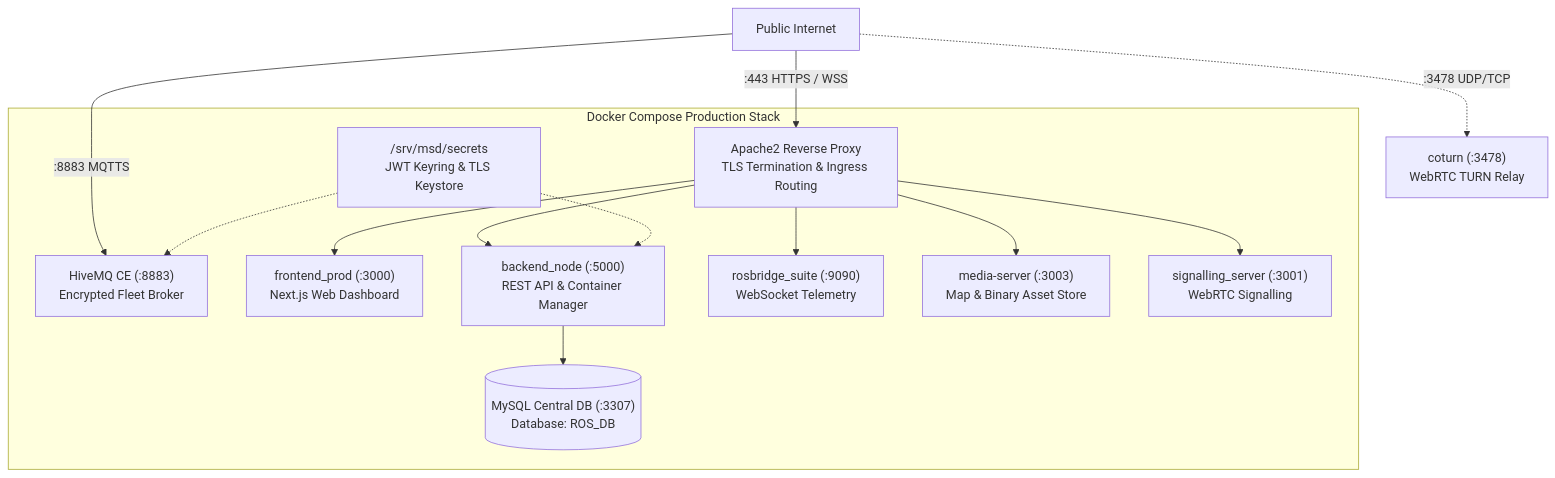
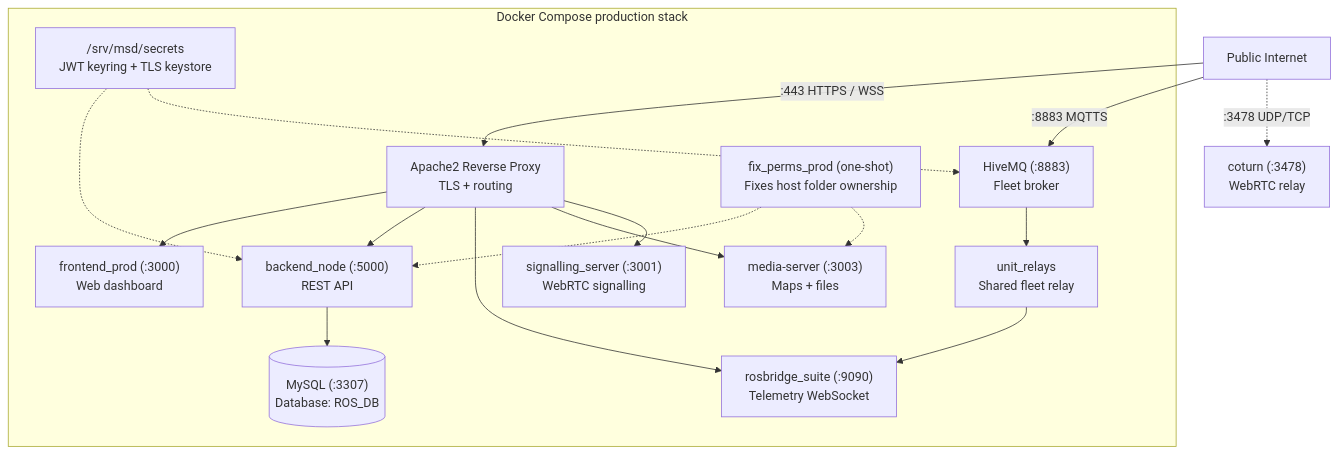
Before and after one commit to itbdelaboprogramming/msd700_documentation: the first of 2 diagrams in docs/setup/server-setup.md, drawn with Mermaid. The commit also changed other lines of this file and 110 other files, not shown here.

````diff
--- a/docs/setup/server-setup.md
+++ b/docs/setup/server-setup.md
@@ -19,18 +19,23 @@
 ```mermaid
 flowchart TB
-  NET["Public Internet"] -->|":443 HTTPS / WSS"| AP["Apache2 Reverse Proxy<br/>TLS Termination & Ingress Routing"]
-  NET -->|":8883 MQTTS"| MQ["HiveMQ CE (:8883)<br/>Encrypted Fleet Broker"]
-  NET -.->|":3478 UDP/TCP"| TURN["coturn (:3478)<br/>WebRTC TURN Relay"]
+  NET["Public Internet"] -->|":443 HTTPS / WSS"| AP["Apache2 Reverse Proxy<br/>TLS + routing"]
+  NET -->|":8883 MQTTS"| MQ["HiveMQ (:8883)<br/>Fleet broker"]
+  NET -.->|":3478 UDP/TCP"| TURN["coturn (:3478)<br/>WebRTC relay"]
 
-  subgraph DockerServices["Docker Compose Production Stack"]
-    AP --> FE["frontend_prod (:3000)<br/>Next.js Web Dashboard"]
-    AP --> BE["backend_node (:5000)<br/>REST API & Container Manager"]
-    AP --> RB["rosbridge_suite (:9090)<br/>WebSocket Telemetry"]
-    AP --> MED["media-server (:3003)<br/>Map & Binary Asset Store"]
-    AP --> SIG["signalling_server (:3001)<br/>WebRTC Signalling"]
-    BE --> DB[("MySQL Central DB (:3307)<br/>Database: ROS_DB")]
-    SEC["/srv/msd/secrets<br/>JWT Keyring & TLS Keystore"]
+  subgraph DockerServices["Docker Compose production stack"]
+    AP --> FE["frontend_prod (:3000)<br/>Web dashboard"]
+    AP --> BE["backend_node (:5000)<br/>REST API"]
+    AP --> RB["rosbridge_suite (:9090)<br/>Telemetry WebSocket"]
+    AP --> MED["media-server (:3003)<br/>Maps + files"]
+    AP --> SIG["signalling_server (:3001)<br/>WebRTC signalling"]
+    MQ --> FR["unit_relays<br/>Shared fleet relay"]
+    FR --> RB
+    BE --> DB[("MySQL (:3307)<br/>Database: ROS_DB")]
+    SEC["/srv/msd/secrets<br/>JWT keyring + TLS keystore"]
     SEC -.-> BE
     SEC -.-> MQ
+    FP["fix_perms_prod (one-shot)<br/>Fixes host folder ownership"]
+    FP -.-> BE
+    FP -.-> MED
   end
 ```
````
